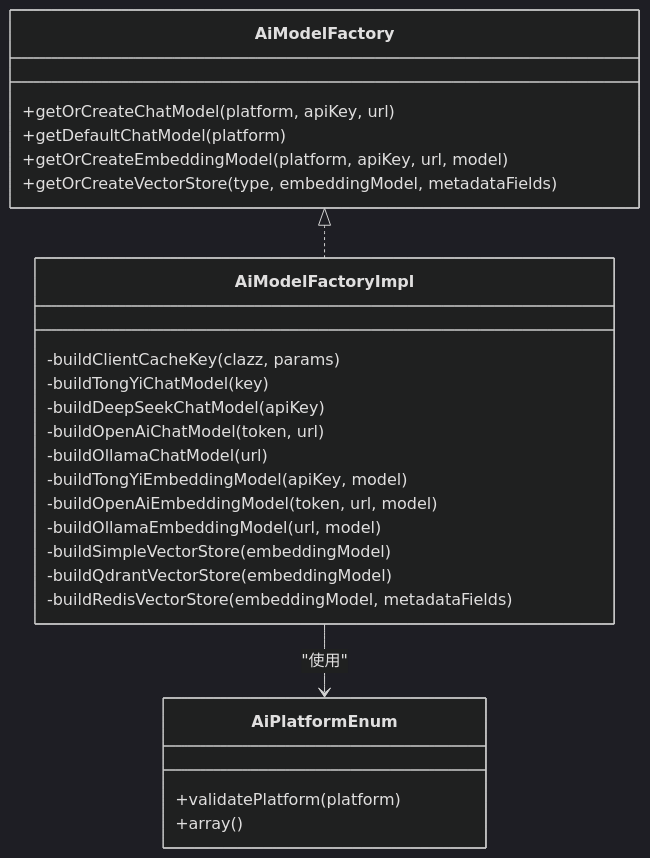
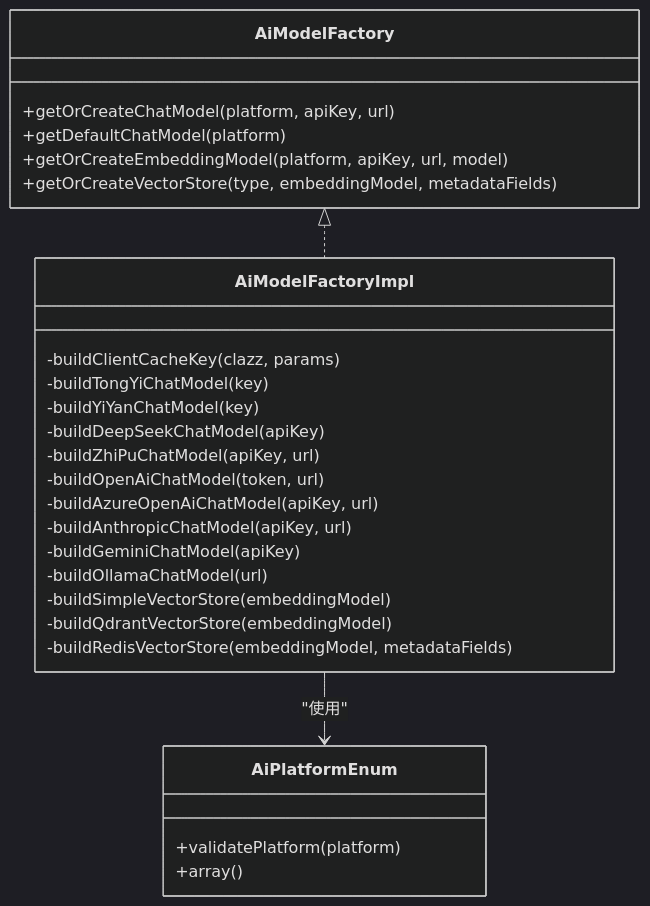
Before and after one commit to X555LB/data-ai: the fourth of 4 diagrams in .qoder/repowiki/zh/content/AI模型管理/模型工厂设计.md, drawn with Mermaid (dark theme). The commit also changed other lines of this file and 9 other files, not shown here.

````diff
--- a/.qoder/repowiki/zh/content/AI模型管理/模型工厂设计.md
+++ b/.qoder/repowiki/zh/content/AI模型管理/模型工厂设计.md
@@ -224,28 +210,30 @@
 ```mermaid
 classDiagram
 class AiModelFactory {
 +getOrCreateChatModel(platform, apiKey, url)
 +getDefaultChatModel(platform)
 +getOrCreateEmbeddingModel(platform, apiKey, url, model)
 +getOrCreateVectorStore(type, embeddingModel, metadataFields)
 }
 class AiModelFactoryImpl {
 -buildClientCacheKey(clazz, params)
 -buildTongYiChatModel(key)
+-buildYiYanChatModel(key)
 -buildDeepSeekChatModel(apiKey)
+-buildZhiPuChatModel(apiKey, url)
 -buildOpenAiChatModel(token, url)
+-buildAzureOpenAiChatModel(apiKey, url)
+-buildAnthropicChatModel(apiKey, url)
+-buildGeminiChatModel(apiKey)
 -buildOllamaChatModel(url)
--buildTongYiEmbeddingModel(apiKey, model)
--buildOpenAiEmbeddingModel(token, url, model)
--buildOllamaEmbeddingModel(url, model)
 -buildSimpleVectorStore(embeddingModel)
 -buildQdrantVectorStore(embeddingModel)
 -buildRedisVectorStore(embeddingModel, metadataFields)
 }
 class AiPlatformEnum {
 +validatePlatform(platform)
 +array()
 }
 AiModelFactory <|.. AiModelFactoryImpl
 AiModelFactoryImpl --> AiPlatformEnum : "使用"
 ```
````
